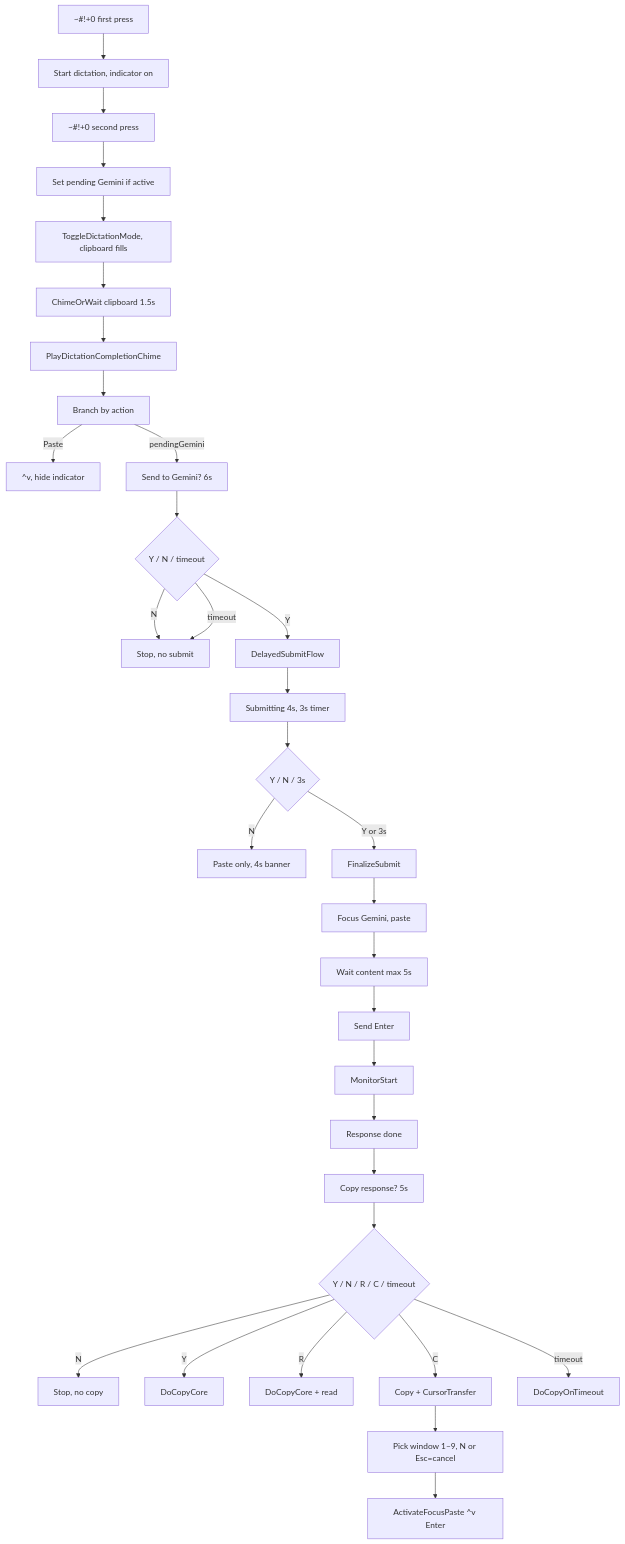
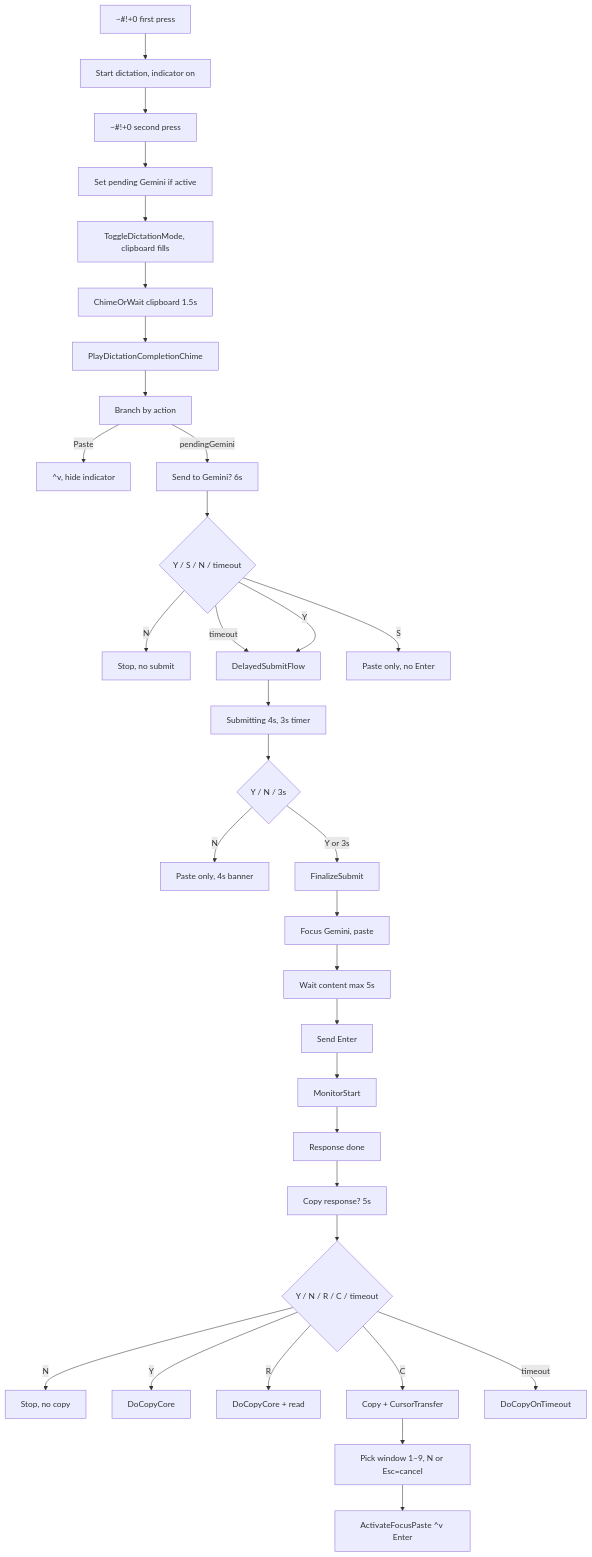
The first of 2 diagrams in docs/dictation-to-gemini-cursor-flow.md (duducm2/scripts), drawn with Mermaid before and after one commit. The commit also changed other lines of this file and 3 other files, not shown here.

````diff
--- a/docs/dictation-to-gemini-cursor-flow.md
+++ b/docs/dictation-to-gemini-cursor-flow.md
@@ -7,35 +7,36 @@
 ```mermaid
 flowchart TB
     H0["~#!+0 first press"]
     H0 --> StartDict["Start dictation, indicator on"]
     StartDict --> H0Stop["~#!+0 second press"]
     H0Stop --> SetPending["Set pending Gemini if active"]
     SetPending --> ToggleMode["ToggleDictationMode, clipboard fills"]
     ToggleMode --> WaitClip["ChimeOrWait clipboard 1.5s"]
     WaitClip --> PlayChime["PlayDictationCompletionChime"]
     PlayChime --> Branch["Branch by action"]
     Branch --> |"Paste"| PasteOnly["^v, hide indicator"]
     Branch --> |"pendingGemini"| ShowAndWait["Send to Gemini? 6s"]
-    ShowAndWait --> User6s{"Y / N / timeout"}
+    ShowAndWait --> User6s{"Y / S / N / timeout"}
     User6s --> |"N"| Stop6s["Stop, no submit"]
-    User6s --> |"timeout"| Stop6s
+    User6s --> |"timeout"| DelayedFlow
     User6s --> |"Y"| DelayedFlow["DelayedSubmitFlow"]
+    User6s --> |"S"| PasteOnly6s["Paste only, no Enter"]
     DelayedFlow --> Banner4s["Submitting 4s, 3s timer"]
     Banner4s --> User4s{"Y / N / 3s"}
     User4s --> |"N"| Stop4s["Paste only, 4s banner"]
     User4s --> |"Y or 3s"| Finalize["FinalizeSubmit"]
     Finalize --> PasteGemini["Focus Gemini, paste"]
     PasteGemini --> WaitContent["Wait content max 5s"]
     WaitContent --> SendEnter["Send Enter"]
     SendEnter --> StartMonitor["MonitorStart"]
     StartMonitor --> ResponseDone["Response done"]
     ResponseDone --> BannerCopy["Copy response? 5s"]
     BannerCopy --> UserCopy{"Y / N / R / C / timeout"}
     UserCopy --> |"N"| StopCopy["Stop, no copy"]
     UserCopy --> |"Y"| DoCopyOnly["DoCopyCore"]
     UserCopy --> |"R"| DoCopyRead["DoCopyCore + read"]
     UserCopy --> |"C"| DoTransfer["Copy + CursorTransfer"]
     UserCopy --> |"timeout"| DoCopyTimeout["DoCopyOnTimeout"]
     DoTransfer --> SelectWin["Pick window 1–9, N or Esc=cancel"]
     SelectWin --> ActivatePaste["ActivateFocusPaste ^v Enter"]
 ```
````
